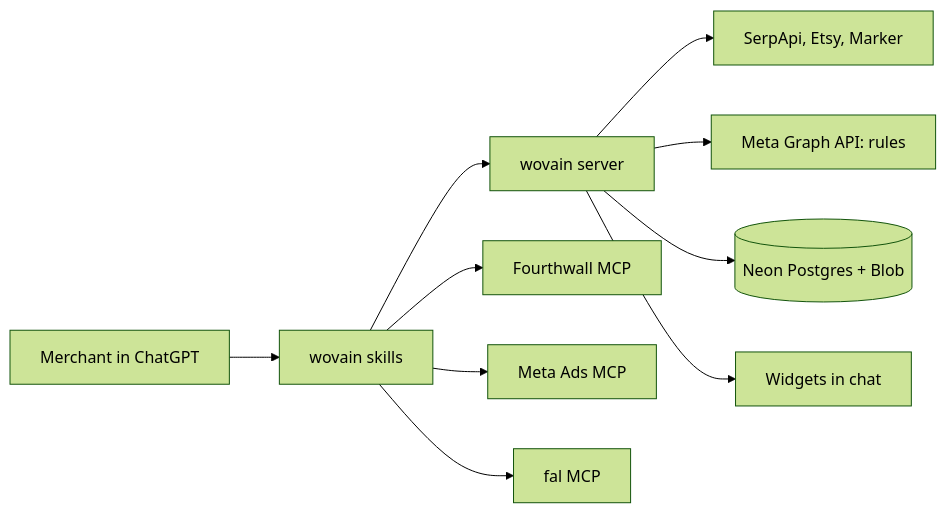
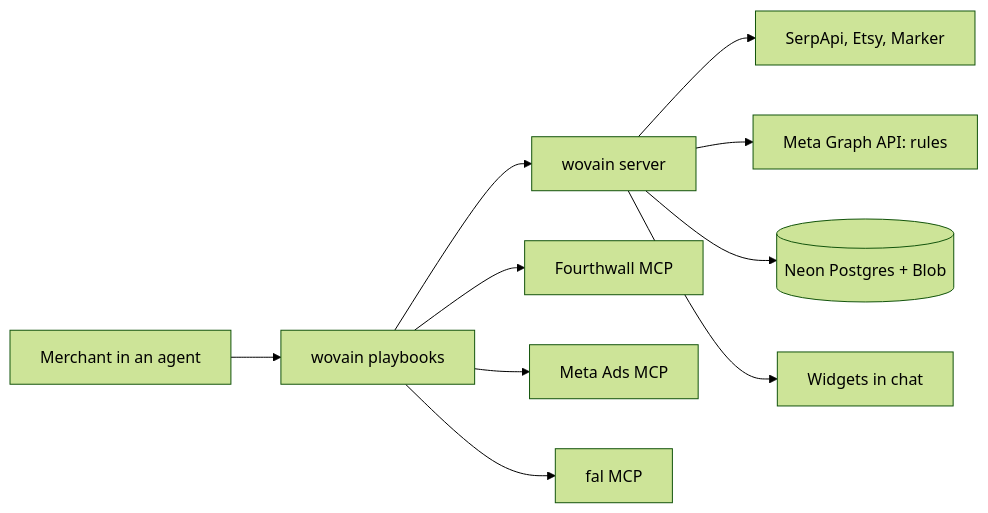
One commit to sami-m-g/wovain changed the diagram in devpost/spec.md. Above: the diagram before and after it, drawn with Mermaid (forest theme). The commit also changed other lines of this file and 5 other files, not shown here.

First line of the commit message:
docs: describe the mcp-only server in the planning docs

````diff
--- a/devpost/spec.md
+++ b/devpost/spec.md
@@ -37,12 +39,12 @@
 ```mermaid
 flowchart LR
-  U[Merchant in ChatGPT] --> S[wovain skills]
-  S --> W[wovain server]
-  S --> FW[Fourthwall MCP]
-  S --> MA[Meta Ads MCP]
-  S --> FAL[fal MCP]
+  U[Merchant in an agent] --> P[wovain playbooks]
+  P --> W[wovain server]
+  P --> FW[Fourthwall MCP]
+  P --> MA[Meta Ads MCP]
+  P --> FAL[fal MCP]
   W --> SA[SerpApi, Etsy, Marker]
   W --> G[Meta Graph API: rules]
   W --> J[(Neon Postgres + Blob)]
   W --> C[Widgets in chat]
 ```
````
